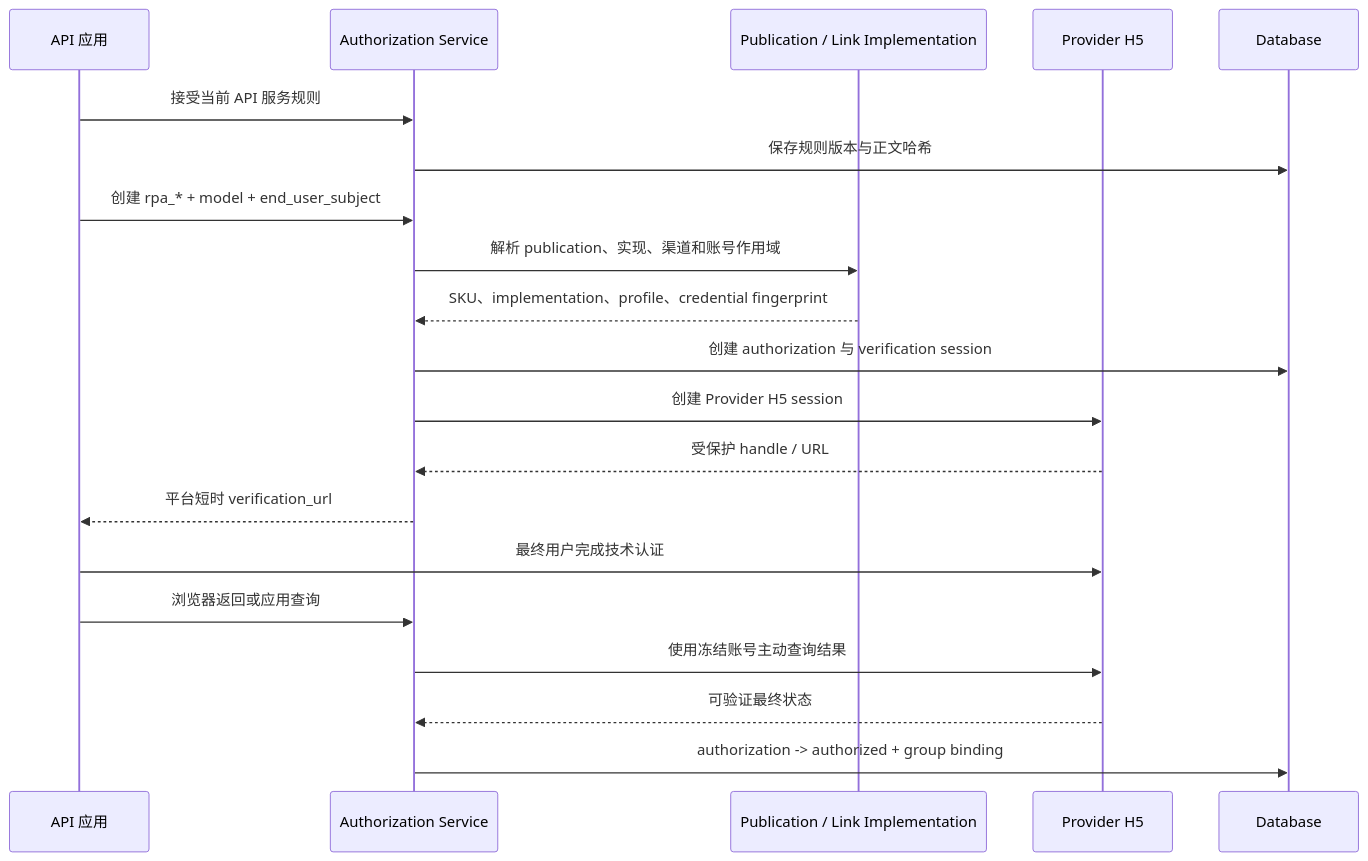
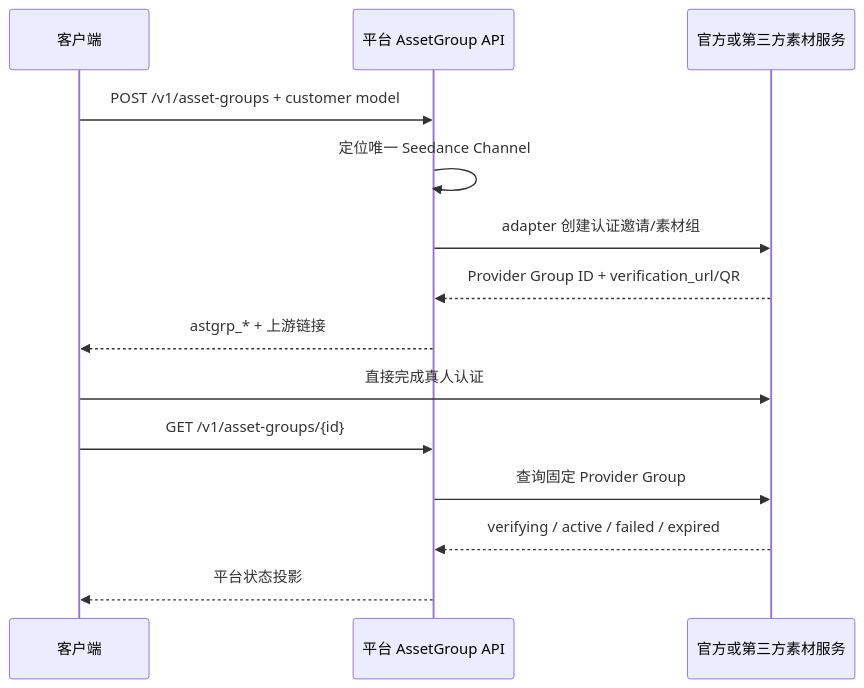
The diagram in docs/20-architecture/真人素材授权与撤回架构.md (wuqiang44444444/new-api), drawn with Mermaid before and after one commit. The commit also changed other lines of this file and 62 other files, not shown here.

````diff
--- a/docs/20-architecture/真人素材授权与撤回架构.md
+++ b/docs/20-architecture/真人素材授权与撤回架构.md
@@ -69,23 +28,17 @@
 ```mermaid
 sequenceDiagram
-    participant A as API 应用
-    participant S as Authorization Service
-    participant P as Publication / Link Implementation
-    participant V as Provider H5
-    participant DB as Database
+    participant C as 客户端
+    participant P as 平台 AssetGroup API
+    participant U as 官方或第三方素材服务
 
-    A->>S: 接受当前 API 服务规则
-    S->>DB: 保存规则版本与正文哈希
-    A->>S: 创建 rpa_* + model + end_user_subject
-    S->>P: 解析 publication、实现、渠道和账号作用域
-    P-->>S: SKU、implementation、profile、credential fingerprint
-    S->>DB: 创建 authorization 与 verification session
-    S->>V: 创建 Provider H5 session
-    V-->>S: 受保护 handle / URL
-    S-->>A: 平台短时 verification_url
-    A->>V: 最终用户完成技术认证
-    A->>S: 浏览器返回或应用查询
-    S->>V: 使用冻结账号主动查询结果
-    V-->>S: 可验证最终状态
-    S->>DB: authorization -> authorized + group binding
+    C->>P: POST /v1/asset-groups + customer model
+    P->>P: 定位唯一 Seedance Channel
+    P->>U: adapter 创建认证邀请/素材组
+    U-->>P: Provider Group ID + verification_url/QR
+    P-->>C: astgrp_* + 上游链接
+    C->>U: 直接完成真人认证
+    C->>P: GET /v1/asset-groups/{id}
+    P->>U: 查询固定 Provider Group
+    U-->>P: verifying / active / failed / expired
+    P-->>C: 平台状态投影
 ```
````
